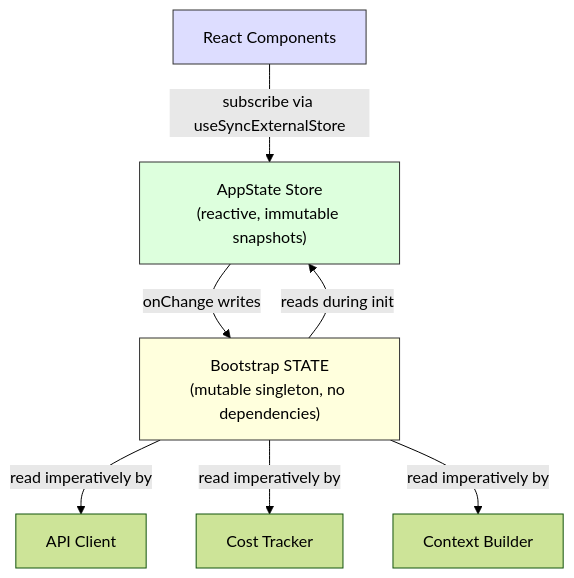
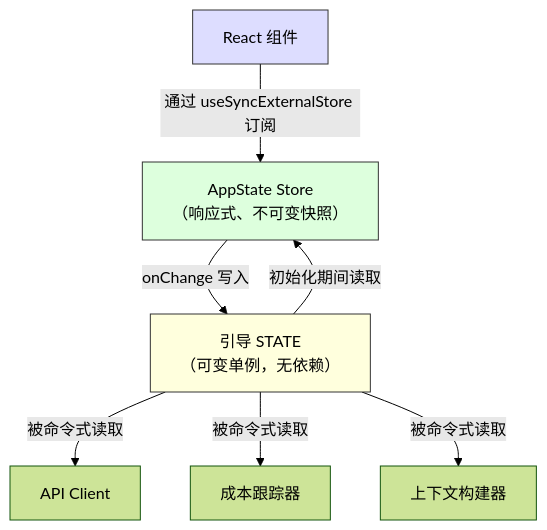
Before and after one commit to quanuanc/claude-code-from-source: the second of 2 diagrams in book-zh/ch03-state.md, drawn with Mermaid (forest theme). The commit also changed other lines of this file and 1 other file, not shown here.

````diff
--- a/book-zh/ch03-state.md
+++ b/book-zh/ch03-state.md
@@ -202,13 +195,13 @@
 ```mermaid
 graph TD
-    RC["React Components"] -->|subscribe via useSyncExternalStore| AS["AppState Store<br/>(reactive, immutable snapshots)"]
-    AS -->|onChange writes| BS["Bootstrap STATE<br/>(mutable singleton, no dependencies)"]
-    BS -->|reads during init| AS
-    BS -->|read imperatively by| API["API Client"]
-    BS -->|read imperatively by| CT["Cost Tracker"]
-    BS -->|read imperatively by| CB["Context Builder"]
+    RC["React 组件"] -->|通过 useSyncExternalStore 订阅| AS["AppState Store<br/>（响应式、不可变快照）"]
+    AS -->|onChange 写入| BS["引导 STATE<br/>（可变单例，无依赖）"]
+    BS -->|初始化期间读取| AS
+    BS -->|被命令式读取| API["API Client"]
+    BS -->|被命令式读取| CT["成本跟踪器"]
+    BS -->|被命令式读取| CB["上下文构建器"]
 
     style BS fill:#ffd,stroke:#333
     style AS fill:#dfd,stroke:#333
     style RC fill:#ddf,stroke:#333
 ```
````
